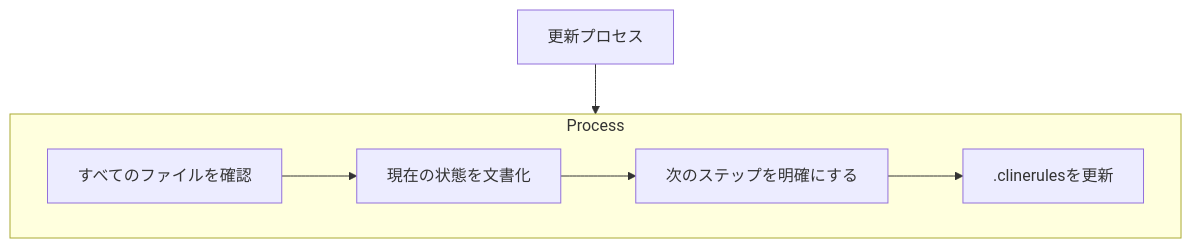
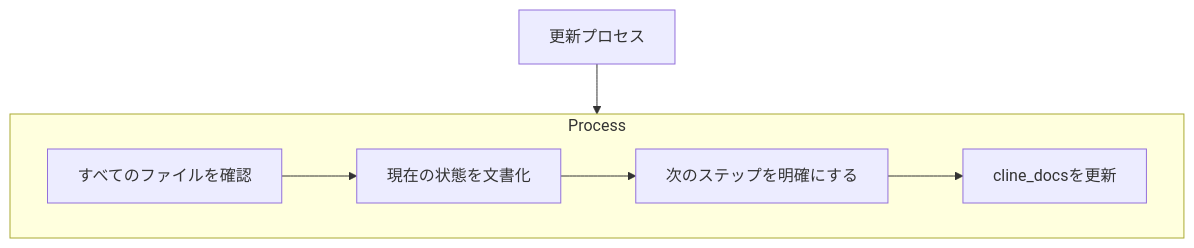
One commit to cline/cline changed the fourth of 5 diagrams in docs_ja/prompting/custom instructions library/raw-instructions/cline-memory-bank.md. Above: the diagram before and after it, drawn with Mermaid. The commit also changed other lines of this file, not shown here.

Commit message:
fix: Update references from .clinerules to cline_docs in Japanese documentation

````diff
--- a/docs_ja/prompting/custom instructions library/raw-instructions/cline-memory-bank.md
+++ b/docs_ja/prompting/custom instructions library/raw-instructions/cline-memory-bank.md
@@ -101,15 +101,15 @@
 ```mermaid
 flowchart TD
     Start[更新プロセス]
     
     subgraph Process
         P1[すべてのファイルを確認]
         P2[現在の状態を文書化]
         P3[次のステップを明確にする]
-        P4[.clinerulesを更新]
+        P4[cline_docsを更新]
         
         P1 --> P2 --> P3 --> P4
     end
     
     Start --> Process
 ```
````
